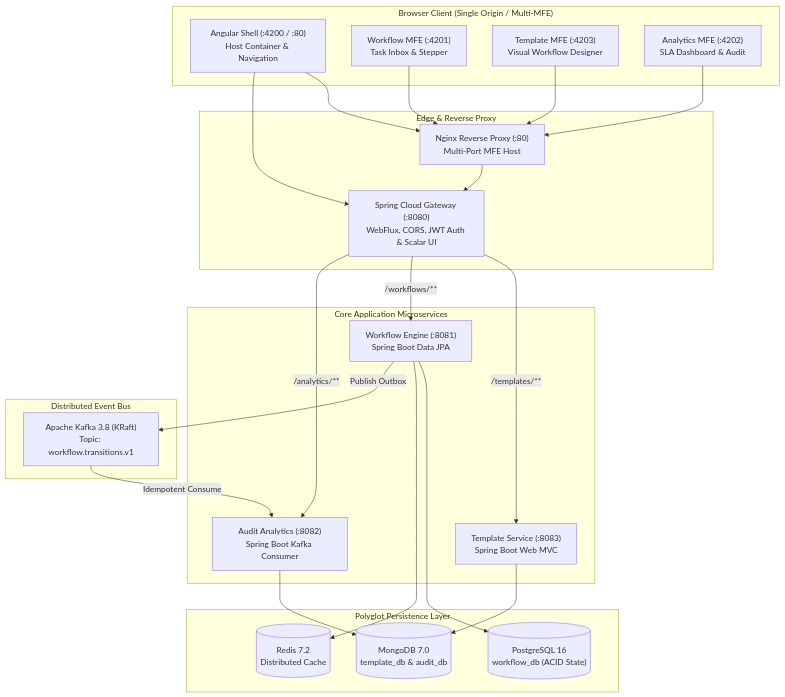
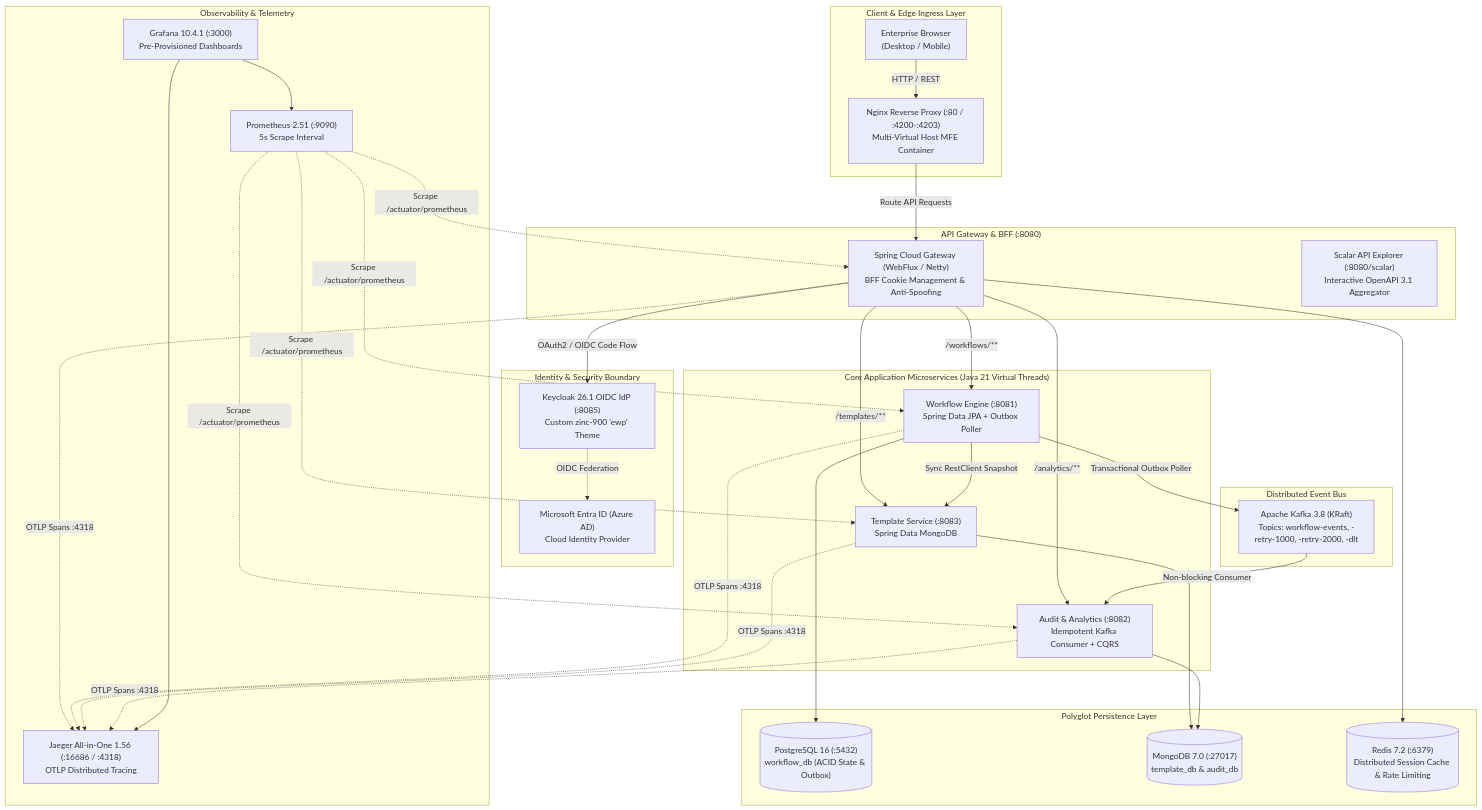
One commit to ashishreddy-15/enterprise-workflow-platform changed the first of 6 diagrams in docs/ARCHITECTURE.md. Above: the diagram before and after it, drawn with Mermaid. The commit also changed other lines of this file and 6 other files, not shown here.

Commit message:
docs: comprehensive enterprise documentation suite across architecture, apis, security, and operations

````diff
--- a/docs/ARCHITECTURE.md
+++ b/docs/ARCHITECTURE.md
@@ -7,49 +20,70 @@
 ```mermaid
 flowchart TD
-    subgraph Client["Browser Client (Single Origin / Multi-MFE)"]
-        Shell["Angular Shell (:4200 / :80)<br/>Host Container & Navigation"]
-        WF_MFE["Workflow MFE (:4201)<br/>Task Inbox & Stepper"]
-        TMPL_MFE["Template MFE (:4203)<br/>Visual Workflow Designer"]
-        AUD_MFE["Analytics MFE (:4202)<br/>SLA Dashboard & Audit"]
+    subgraph ClientLayer ["Client & Edge Ingress Layer"]
+        Browser["Enterprise Browser<br/>(Desktop / Mobile)"]
+        Nginx["Nginx Reverse Proxy (:80 / :4200-:4203)<br/>Multi-Virtual Host MFE Container"]
     end
 
-    subgraph Edge["Edge & Reverse Proxy"]
-        Nginx["Nginx Reverse Proxy (:80)<br/>Multi-Port MFE Host"]
-        Gateway["Spring Cloud Gateway (:8080)<br/>WebFlux, CORS, JWT Auth & Scalar UI"]
+    subgraph SecurityBoundary ["Identity & Security Boundary"]
+        Keycloak["Keycloak 26.1 OIDC IdP (:8085)<br/>Custom zinc-900 'ewp' Theme"]
+        EntraID["Microsoft Entra ID (Azure AD)<br/>Cloud Identity Provider"]
     end
 
-    subgraph Services["Core Application Microservices"]
-        TmplSvc["Template Service (:8083)<br/>Spring Boot Web MVC"]
-        WfSvc["Workflow Engine (:8081)<br/>Spring Boot Data JPA"]
-        AuditSvc["Audit Analytics (:8082)<br/>Spring Boot Kafka Consumer"]
+    subgraph GatewayLayer ["API Gateway & BFF (:8080)"]
+        Gateway["Spring Cloud Gateway (WebFlux / Netty)<br/>BFF Cookie Management & Anti-Spoofing"]
+        Scalar["Scalar API Explorer (:8080/scalar)<br/>Interactive OpenAPI 3.1 Aggregator"]
     end
 
-    subgraph Messaging["Distributed Event Bus"]
-        Kafka["Apache Kafka 3.8 (KRaft)<br/>Topic: workflow.transitions.v1"]
+    subgraph CoreServices ["Core Application Microservices (Java 21 Virtual Threads)"]
+        TemplateSvc["Template Service (:8083)<br/>Spring Data MongoDB"]
+        WorkflowSvc["Workflow Engine (:8081)<br/>Spring Data JPA + Outbox Poller"]
+        AuditSvc["Audit & Analytics (:8082)<br/>Idempotent Kafka Consumer + CQRS"]
     end
 
-    subgraph Storage["Polyglot Persistence Layer"]
-        PG[("PostgreSQL 16<br/>workflow_db (ACID State)")]
-        Mongo[("MongoDB 7.0<br/>template_db & audit_db")]
-        Redis[("Redis 7.2<br/>Distributed Cache")]
+    subgraph Messaging ["Distributed Event Bus"]
+        Kafka["Apache Kafka 3.8 (KRaft)<br/>Topics: workflow-events, -retry-1000, -retry-2000, -dlt"]
     end
 
-    Shell --> Nginx
-    WF_MFE --> Nginx
-    TMPL_MFE --> Nginx
-    AUD_MFE --> Nginx
+    subgraph Storage ["Polyglot Persistence Layer"]
+        PG[("PostgreSQL 16 (:5432)<br/>workflow_db (ACID State & Outbox)")]
+        Mongo[("MongoDB 7.0 (:27017)<br/>template_db & audit_db")]
+        Redis[("Redis 7.2 (:6379)<br/>Distributed Session Cache & Rate Limiting")]
+    end
 
-    Nginx --> Gateway
-    Shell --> Gateway
+    subgraph Observability ["Observability & Telemetry"]
+        Prometheus["Prometheus 2.51 (:9090)<br/>5s Scrape Interval"]
+        Grafana["Grafana 10.4.1 (:3000)<br/>Pre-Provisioned Dashboards"]
+        Jaeger["Jaeger All-in-One 1.56 (:16686 / :4318)<br/>OTLP Distributed Tracing"]
+    end
 
-    Gateway -->|/templates/**| TmplSvc
-    Gateway -->|/workflows/**| WfSvc
+    Browser -->|HTTP / REST| Nginx
+    Nginx -->|Route API Requests| Gateway
+    Gateway -->|OAuth2 / OIDC Code Flow| Keycloak
+    Keycloak -.->|OIDC Federation| EntraID
+
+    Gateway -->|/templates/**| TemplateSvc
+    Gateway -->|/workflows/**| WorkflowSvc
     Gateway -->|/analytics/**| AuditSvc
+    Gateway --> Redis
 
-    TmplSvc --> Mongo
-    WfSvc --> PG
-    WfSvc --> Redis
-    WfSvc -->|Publish Outbox| Kafka
-    Kafka -->|Idempotent Consume| AuditSvc
+    WorkflowSvc --> PG
+    WorkflowSvc -->|Sync RestClient Snapshot| TemplateSvc
+    TemplateSvc --> Mongo
     AuditSvc --> Mongo
+
+    WorkflowSvc -->|Transactional Outbox Poller| Kafka
+    Kafka -->|Non-blocking Consumer| AuditSvc
+
+    Gateway -.->|OTLP Spans :4318| Jaeger
+    WorkflowSvc -.->|OTLP Spans :4318| Jaeger
+    TemplateSvc -.->|OTLP Spans :4318| Jaeger
+    AuditSvc -.->|OTLP Spans :4318| Jaeger
+
+    Prometheus -.->|Scrape /actuator/prometheus| Gateway
+    Prometheus -.->|Scrape /actuator/prometheus| WorkflowSvc
+    Prometheus -.->|Scrape /actuator/prometheus| TemplateSvc
+    Prometheus -.->|Scrape /actuator/prometheus| AuditSvc
+
+    Grafana --> Prometheus
+    Grafana --> Jaeger
 ```
````
